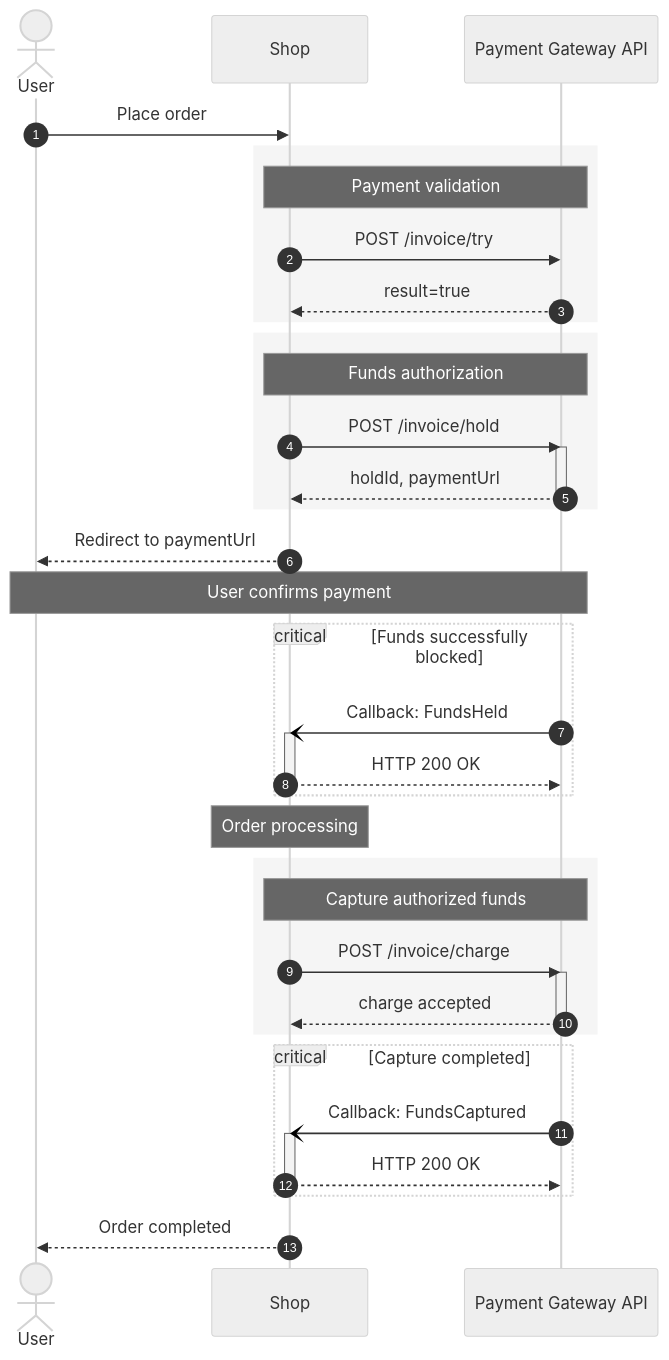
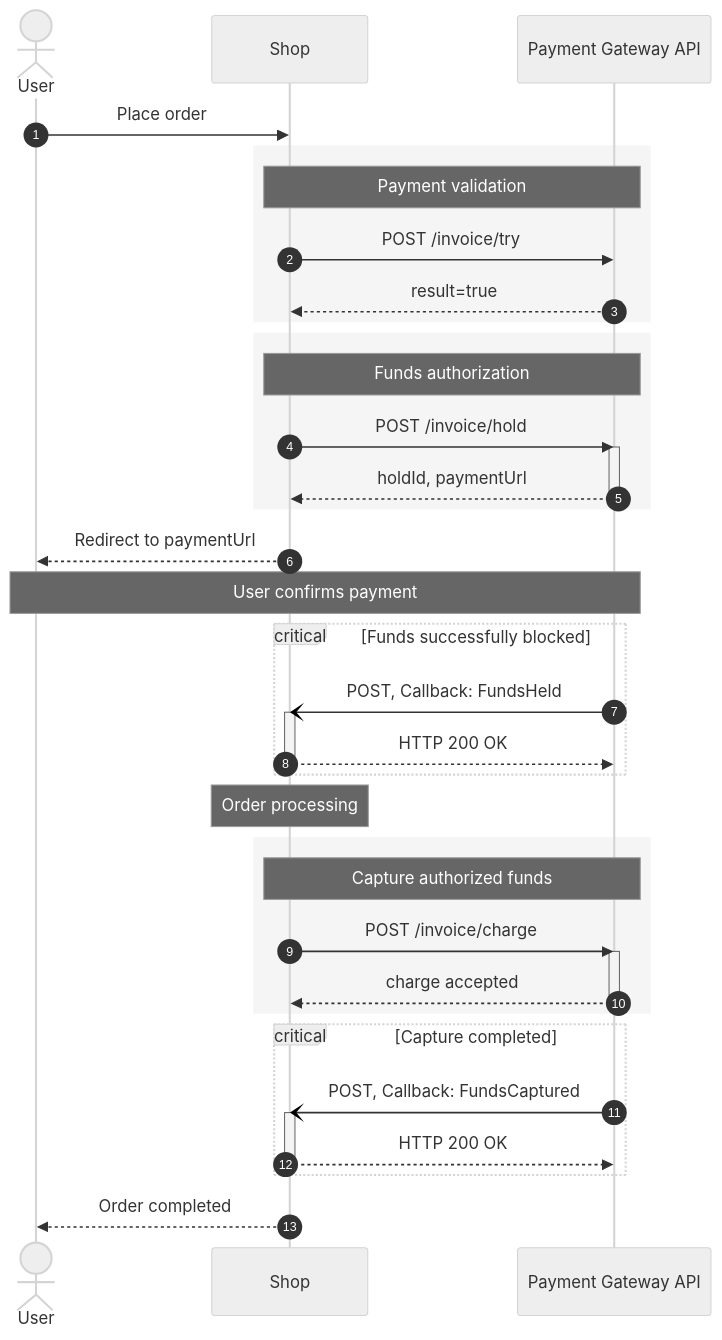
Before and after one commit to Avanor-tech/docs: the second of 2 diagrams in invoice-create.mdx, drawn with Mermaid (neutral theme). The commit also changed other lines of this file and 1 other file, not shown here.

Commit message:
Updated mintlify pages
- Updated invoice-create.mdx
- Updated withdraw-create.mdx

Mintlify-Source: dashboard-editor

````diff
--- a/invoice-create.mdx
+++ b/invoice-create.mdx
@@ -73,69 +73,69 @@
 ```mermaid
 sequenceDiagram
     autonumber
 
     actor U as User
     participant S as Shop
     participant PG as Payment Gateway API
 
     U->>S: Place order
 
     rect rgb(245,245,245)
         Note over S,PG: Payment validation
 
         S->>PG: POST /invoice/try
         PG-->>S: result=true
     end
 
     rect rgb(245,245,245)
         Note over S,PG: Funds authorization
 
         S->>PG: POST /invoice/hold
         activate PG
 
         PG-->>S: holdId, paymentUrl
 
         deactivate PG
     end
 
     S-->>U: Redirect to paymentUrl
 
     Note over U,PG: User confirms payment
 
     critical Funds successfully blocked
 
-        PG-)S: Callback: FundsHeld
+        PG-)S: POST, Callback: FundsHeld
         activate S
 
         S-->>PG: HTTP 200 OK
 
         deactivate S
 
     end
 
     Note over S: Order processing
 
     rect rgb(245,245,245)
         Note over S,PG: Capture authorized funds
 
         S->>PG: POST /invoice/charge
         activate PG
 
         PG-->>S: charge accepted
 
         deactivate PG
     end
 
     critical Capture completed
 
-        PG-)S: Callback: FundsCaptured
+        PG-)S: POST, Callback: FundsCaptured
         activate S
 
         S-->>PG: HTTP 200 OK
 
         deactivate S
 
     end
 
     S-->>U: Order completed
 ```
````
